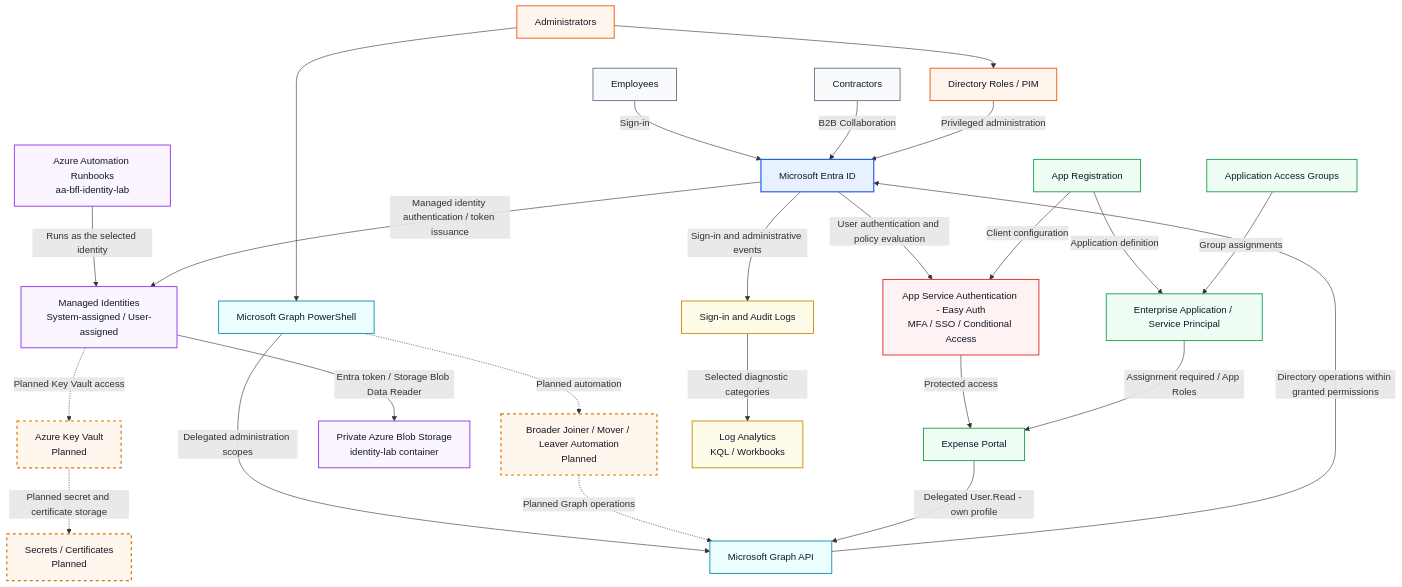
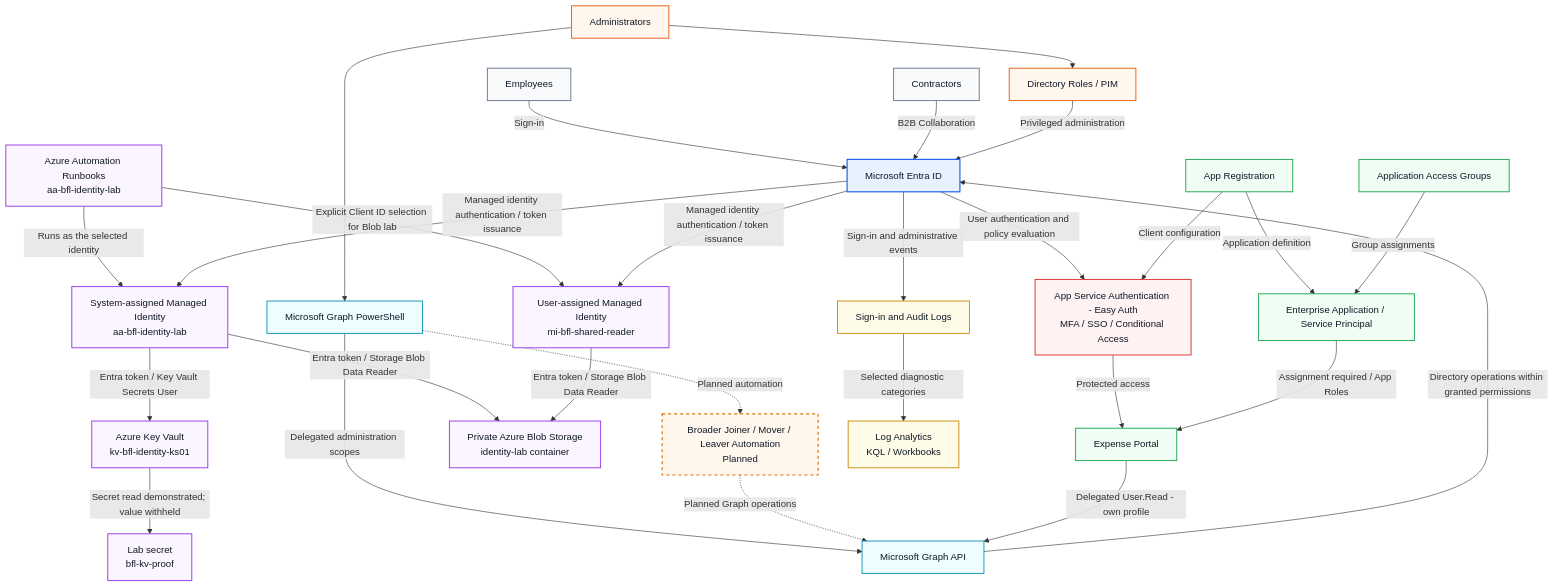
The diagram in README.md (krzysztof-szot/entra-identity-access-project), drawn with Mermaid before and after one commit. The commit also changed other lines of this file and 6 other files, not shown here.

Commit message:
Document verified Key Vault reads and evidence boundaries

````diff
--- a/README.md
+++ b/README.md
@@ -323,10 +326,11 @@
     %% =========================
 
     AUTO["Azure Automation Runbooks<br/>aa-bfl-identity-lab"]
-    MI["Managed Identities<br/>System-assigned / User-assigned"]
+    MI["System-assigned Managed Identity<br/>aa-bfl-identity-lab"]
+    UAMI["User-assigned Managed Identity<br/>mi-bfl-shared-reader"]
     BLOB["Private Azure Blob Storage<br/>identity-lab container"]
-    KV["Azure Key Vault<br/>Planned"]
-    SECRETS["Secrets / Certificates<br/>Planned"]
+    KV["Azure Key Vault<br/>kv-bfl-identity-ks01"]
+    SECRETS["Lab secret<br/>bfl-kv-proof"]
 
     %% =========================
     %% MONITORING
@@ -374,10 +378,13 @@
     %% =========================
 
     AUTO -->|"Runs as the selected identity"| MI
+    AUTO -->|"Explicit Client ID selection for Blob lab"| UAMI
     ENTRA -->|"Managed identity authentication / token issuance"| MI
+    ENTRA -->|"Managed identity authentication / token issuance"| UAMI
     MI -->|"Entra token / Storage Blob Data Reader"| BLOB
-    MI -.->|"Planned Key Vault access"| KV
-    KV -.->|"Planned secret and certificate storage"| SECRETS
+    UAMI -->|"Entra token / Storage Blob Data Reader"| BLOB
+    MI -->|"Entra token / Key Vault Secrets User"| KV
+    KV -->|"Secret read demonstrated; value withheld"| SECRETS
 
     %% =========================
     %% LOGGING
@@ -405,8 +412,8 @@
     class ADM,PIM admin;
     class AUTH security;
     class APPREG,SP,GROUPS,PORTAL app;
-    class AUTO,MI,BLOB workload;
+    class AUTO,MI,UAMI,BLOB,KV,SECRETS workload;
     class LOGS,LAW monitor;
     class PS,GRAPH automation;
-    class JML,KV,SECRETS planned;
+    class JML planned;
 ```
````
